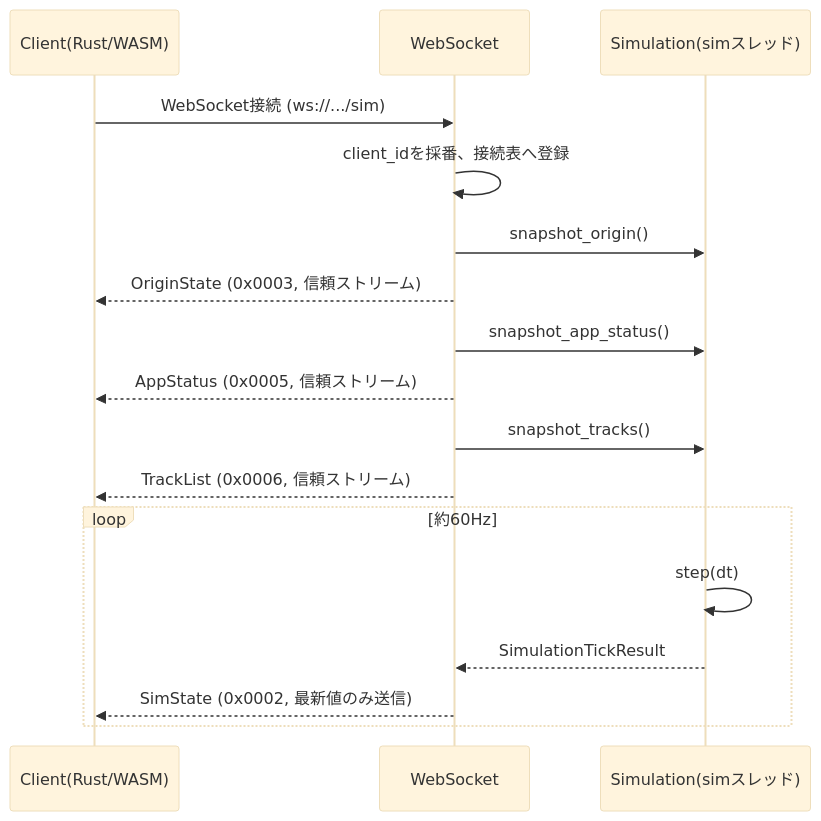
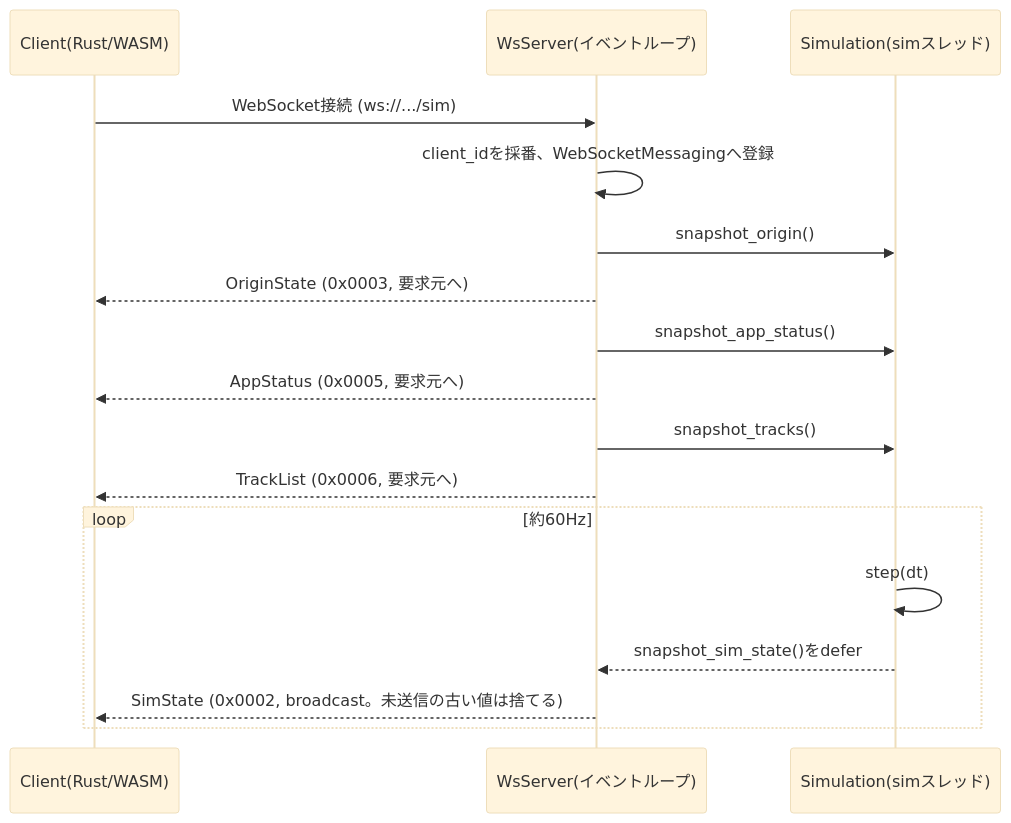
Before and after one commit to ham1a6/SimulationView: the third of 12 diagrams in sample/docs/DETAILED_DESIGN.md, drawn with Mermaid (base theme). The commit also changed other lines of this file and 11 other files, not shown here.

````diff
--- a/sample/docs/DETAILED_DESIGN.md
+++ b/sample/docs/DETAILED_DESIGN.md
@@ -258,20 +291,20 @@
 ```mermaid
 sequenceDiagram
     participant C as Client(Rust/WASM)
-    participant WT as WebSocket
+    participant WS as WsServer(イベントループ)
     participant Sim as Simulation(simスレッド)
 
-    C->>WT: WebSocket接続 (ws://.../sim)
-    WT->>WT: client_idを採番、接続表へ登録
-    WT->>Sim: snapshot_origin()
-    WT-->>C: OriginState (0x0003, 信頼ストリーム)
-    WT->>Sim: snapshot_app_status()
-    WT-->>C: AppStatus (0x0005, 信頼ストリーム)
-    WT->>Sim: snapshot_tracks()
-    WT-->>C: TrackList (0x0006, 信頼ストリーム)
+    C->>WS: WebSocket接続 (ws://.../sim)
+    WS->>WS: client_idを採番、WebSocketMessagingへ登録
+    WS->>Sim: snapshot_origin()
+    WS-->>C: OriginState (0x0003, 要求元へ)
+    WS->>Sim: snapshot_app_status()
+    WS-->>C: AppStatus (0x0005, 要求元へ)
+    WS->>Sim: snapshot_tracks()
+    WS-->>C: TrackList (0x0006, 要求元へ)
     loop 約60Hz
         Sim->>Sim: step(dt)
-        Sim-->>WT: SimulationTickResult
-        WT-->>C: SimState (0x0002, 最新値のみ送信)
+        Sim-->>WS: snapshot_sim_state()をdefer
+        WS-->>C: SimState (0x0002, broadcast。未送信の古い値は捨てる)
     end
 ```
````
